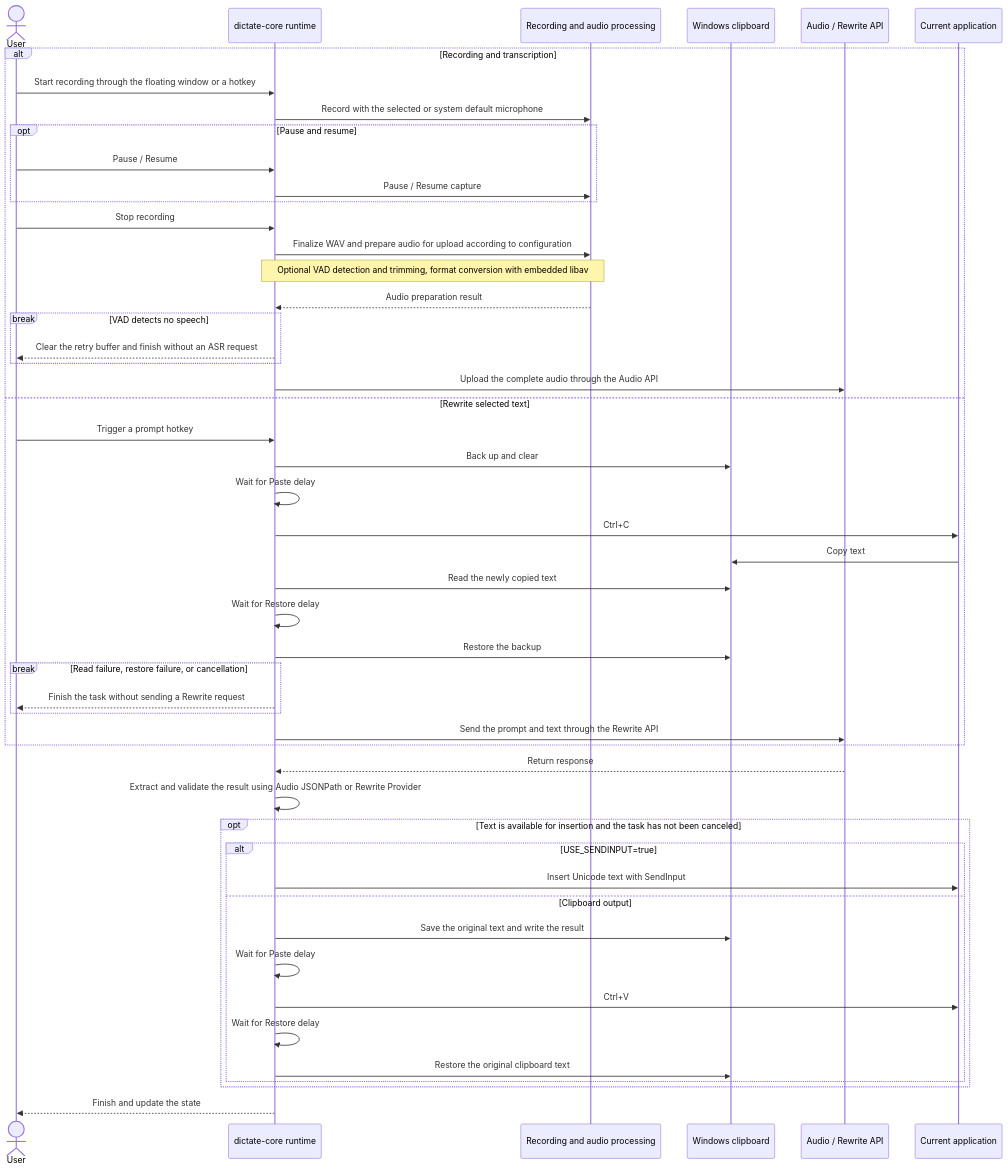
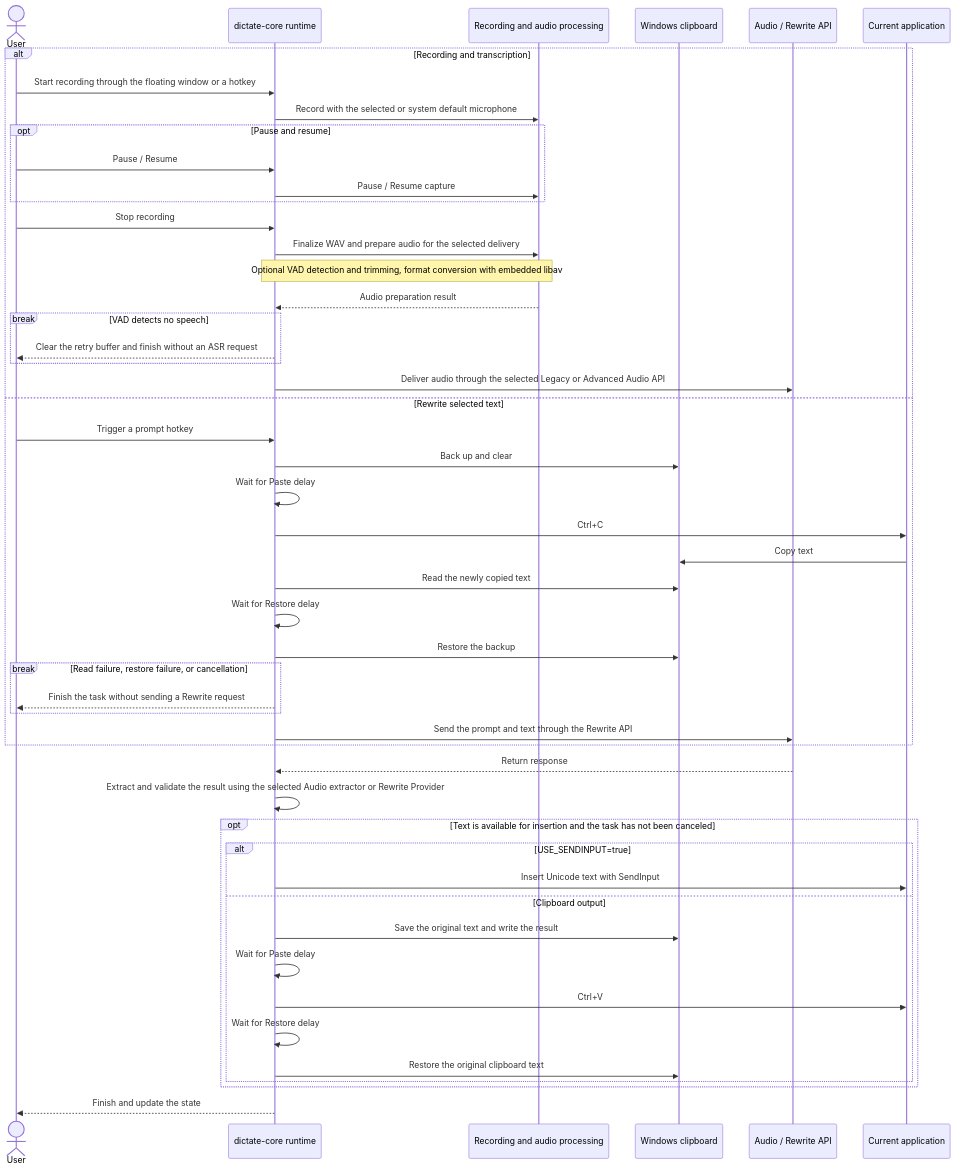
Before and after one commit to Joey-Kot/Dictate-for-Windows: the second of 3 diagrams in README.md, drawn with Mermaid. The commit also changed other lines of this file and 48 other files, not shown here.

First line of the commit message:
feat(advanced-audio): 实现声明式高级音频 API 工作流

````diff
--- a/README.md
+++ b/README.md
@@ -81,54 +83,54 @@
 ```mermaid
 sequenceDiagram
     actor User as User
     participant Core as dictate-core runtime
     participant Audio as Recording and audio processing
     participant Clipboard as Windows clipboard
     participant API as Audio / Rewrite API
     participant App as Current application
 
     alt Recording and transcription
         User->>Core: Start recording through the floating window or a hotkey
         Core->>Audio: Record with the selected or system default microphone
         opt Pause and resume
             User->>Core: Pause / Resume
             Core->>Audio: Pause / Resume capture
         end
         User->>Core: Stop recording
-        Core->>Audio: Finalize WAV and prepare audio for upload according to configuration
+        Core->>Audio: Finalize WAV and prepare audio for the selected delivery
         Note over Core,Audio: Optional VAD detection and trimming, format conversion with embedded libav
         Audio-->>Core: Audio preparation result
         break VAD detects no speech
             Core-->>User: Clear the retry buffer and finish without an ASR request
         end
-        Core->>API: Upload the complete audio through the Audio API
+        Core->>API: Deliver audio through the selected Legacy or Advanced Audio API
     else Rewrite selected text
         User->>Core: Trigger a prompt hotkey
         Core->>Clipboard: Back up and clear
         Core->>Core: Wait for Paste delay
         Core->>App: Ctrl+C
         App->>Clipboard: Copy text
         Core->>Clipboard: Read the newly copied text
         Core->>Core: Wait for Restore delay
         Core->>Clipboard: Restore the backup
         break Read failure, restore failure, or cancellation
             Core-->>User: Finish the task without sending a Rewrite request
         end
         Core->>API: Send the prompt and text through the Rewrite API
     end
 
     API-->>Core: Return response
-    Core->>Core: Extract and validate the result using Audio JSONPath or Rewrite Provider
+    Core->>Core: Extract and validate the result using the selected Audio extractor or Rewrite Provider
     opt Text is available for insertion and the task has not been canceled
         alt USE_SENDINPUT=true
             Core->>App: Insert Unicode text with SendInput
         else Clipboard output
             Core->>Clipboard: Save the original text and write the result
             Core->>Core: Wait for Paste delay
             Core->>App: Ctrl+V
             Core->>Core: Wait for Restore delay
             Core->>Clipboard: Restore the original clipboard text
         end
     end
     Core-->>User: Finish and update the state
 ```
````
